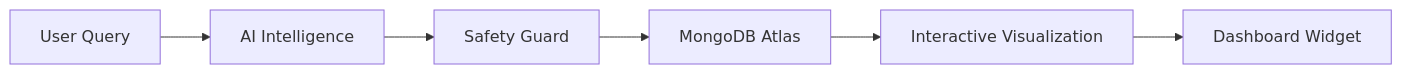
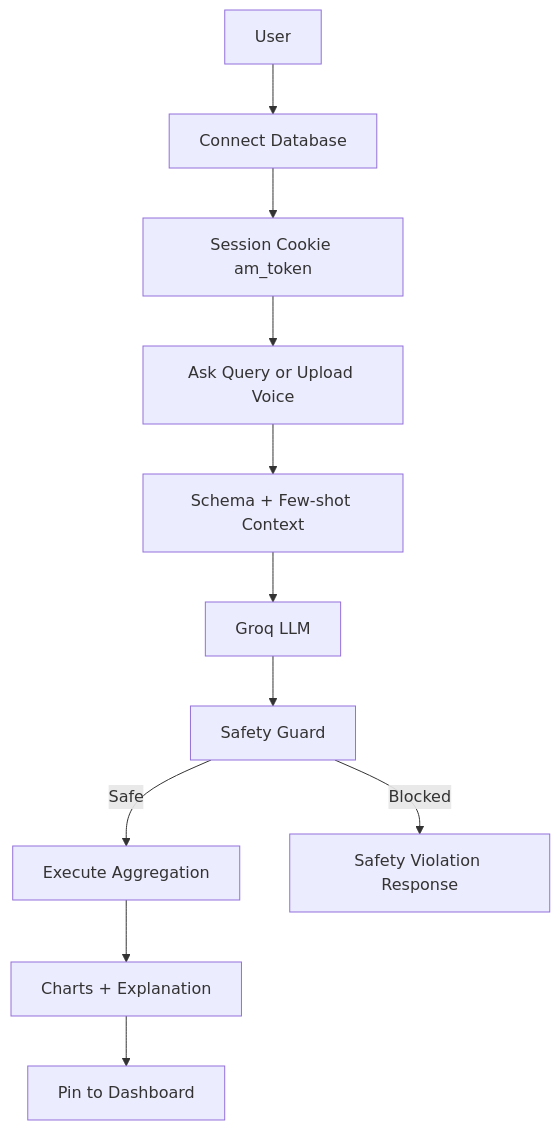
The diagram in README.md (lakshmanbhukya/AtlasMind), drawn with Mermaid before and after one commit. The commit also changed other lines of this file and 8 other files, not shown here.

Commit message:
Refactor README and documentation for clarity and completeness; enhance API, architecture, deployment, and troubleshooting sections; improve feature descriptions and setup instructions.

````diff
--- a/README.md
+++ b/README.md
@@ -40,8 +83,13 @@
 ```mermaid
-flowchart LR
-    A[User Query] --> B[AI Intelligence]
-    B --> C[Safety Guard]
-    C --> D[MongoDB Atlas]
-    D --> E[Interactive Visualization]
-    E --> F[Dashboard Widget]
+flowchart TD
+    U[User] --> C[Connect Database]
+    C --> S[Session Cookie am_token]
+    S --> Q[Ask Query or Upload Voice]
+    Q --> P[Schema + Few-shot Context]
+    P --> L[Groq LLM]
+    L --> G[Safety Guard]
+    G -->|Safe| E[Execute Aggregation]
+    G -->|Blocked| R[Safety Violation Response]
+    E --> V[Charts + Explanation]
+    V --> D[Pin to Dashboard]
 ```
````
